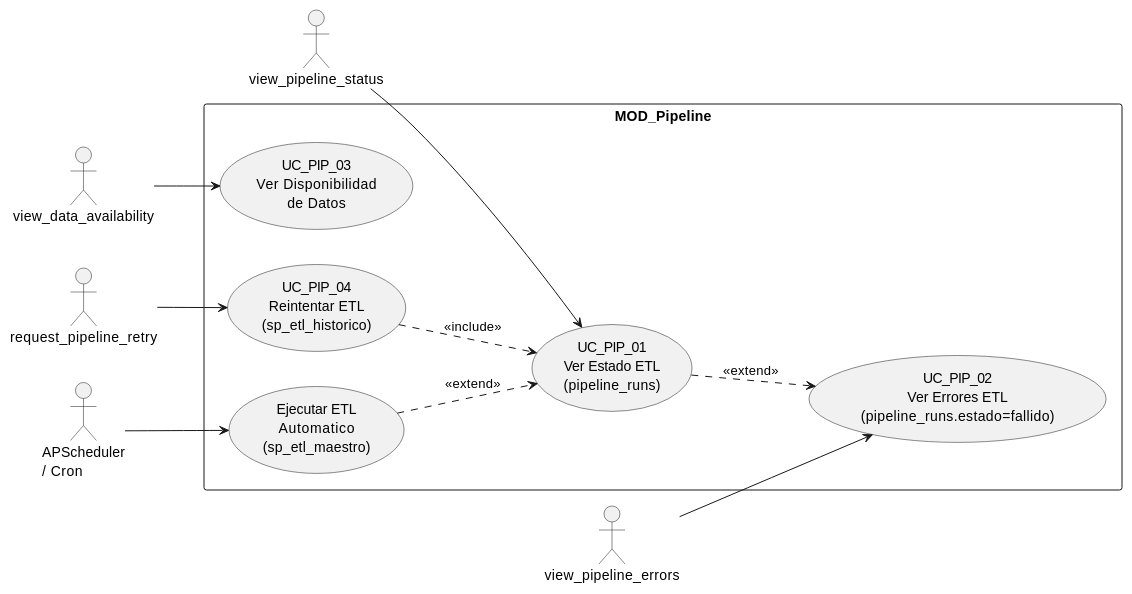
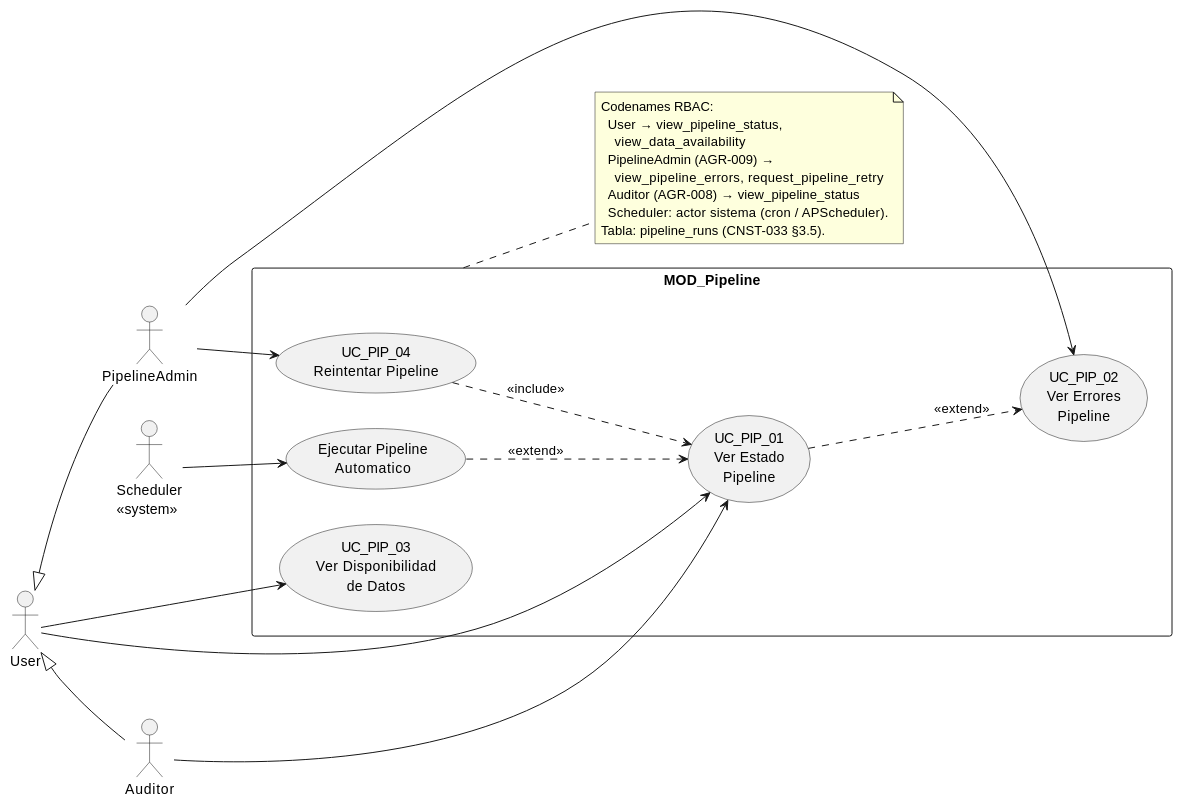
One commit to jcg-admin/IACT-docs changed the diagram in source/arquitectura-tecnica/use-case-view/uc-pipeline.rst. Above: the diagram before and after it, drawn with PlantUML. The commit also changed other lines of this file and 30 other files, not shown here.

First line of the commit message:
Apply UML-07 conformance to use-case-view: actors as roles

```diff
--- a/source/arquitectura-tecnica/use-case-view/uc-pipeline.rst
+++ b/source/arquitectura-tecnica/use-case-view/uc-pipeline.rst
@@ -26,31 +24,46 @@
 .. uml::
- :caption: Figura 22 — MOD_Pipeline: casos de uso
+ :caption: MOD_Pipeline — PipelineAdmin gestiona;
+           Scheduler ejecuta automáticamente; Auditor lee.
 
  @startuml
  left to right direction
 
- actor "view_pipeline_status" as view_pipeline_status
- actor "view_pipeline_errors" as view_pipeline_errors
- actor "view_data_availability" as view_data_availability
- actor "request_pipeline_retry" as request_pipeline_retry
- actor "APScheduler\n/ Cron" as APScheduler
+ actor User
+ actor PipelineAdmin
+ actor Auditor
+ actor "Scheduler\n<<system>>" as Scheduler
+
+ User <|-- PipelineAdmin
+ User <|-- Auditor
 
  rectangle "MOD_Pipeline" {
-   usecase "UC_PIP_01\nVer Estado ETL\n(pipeline_runs)" as VER_ESTADO_ETL
-   usecase "UC_PIP_02\nVer Errores ETL\n(pipeline_runs.estado=fallido)" as VER_ERRORES_ETL
-   usecase "UC_PIP_03\nVer Disponibilidad\nde Datos" as VER_DISPONIBILIDAD_DATOS
-   usecase "UC_PIP_04\nReintentar ETL\n(sp_etl_historico)" as REINTENTAR_ETL
-   usecase "Ejecutar ETL\nAutomatico\n(sp_etl_maestro)" as EJECUCION_ETL_AUTOMATICA
+   usecase "UC_PIP_01\nVer Estado\nPipeline" as VER_ESTADO
+   usecase "UC_PIP_02\nVer Errores\nPipeline" as VER_ERRORES
+   usecase "UC_PIP_03\nVer Disponibilidad\nde Datos" as VER_DISPONIBILIDAD
+   usecase "UC_PIP_04\nReintentar Pipeline" as REINTENTAR
+   usecase "Ejecutar Pipeline\nAutomatico" as EJECUCION_AUTO
  }
 
- view_pipeline_status --> VER_ESTADO_ETL
- view_pipeline_errors --> VER_ERRORES_ETL
- view_data_availability --> VER_DISPONIBILIDAD_DATOS
- request_pipeline_retry --> REINTENTAR_ETL
- APScheduler --> EJECUCION_ETL_AUTOMATICA
+ User          --> VER_ESTADO
+ User          --> VER_DISPONIBILIDAD
+ PipelineAdmin --> VER_ERRORES
+ PipelineAdmin --> REINTENTAR
+ Auditor       --> VER_ESTADO
+ Scheduler     --> EJECUCION_AUTO
 
- VER_ESTADO_ETL ..> VER_ERRORES_ETL : <<extend>>
- REINTENTAR_ETL ..> VER_ESTADO_ETL : <<include>>
- EJECUCION_ETL_AUTOMATICA ..> VER_ESTADO_ETL : <<extend>>
+ VER_ESTADO ..> VER_ERRORES : <<extend>>
+ REINTENTAR ..> VER_ESTADO : <<include>>
+ EJECUCION_AUTO ..> VER_ESTADO : <<extend>>
+
+ note right of MOD_Pipeline
+   Codenames RBAC:
+     User → view_pipeline_status,
+       view_data_availability
+     PipelineAdmin (AGR-009) →
+       view_pipeline_errors, request_pipeline_retry
+     Auditor (AGR-008) → view_pipeline_status
+     Scheduler: actor sistema (cron / APScheduler).
+   Tabla: pipeline_runs (CNST-033 §3.5).
+ end note
 
  @enduml
```
